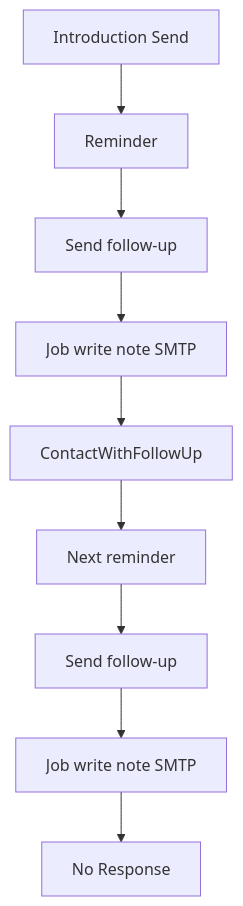
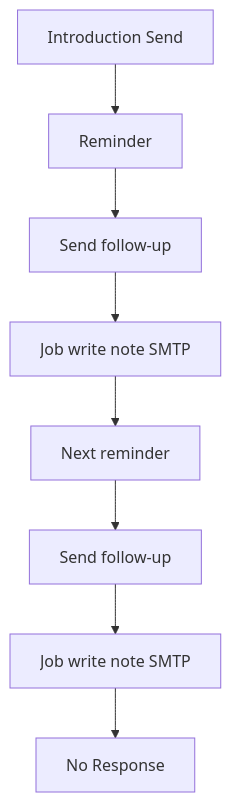
One commit to rogerio-pereira/CRM_AI changed the diagram in docs/FDRs/Done/FDR-021-follow-up-email-sequence.md. Above: the diagram before and after it, drawn with Mermaid. The commit also changed other lines of this file, not shown here.

First line of the commit message:
docs(fdr): Send follow-up is not limited to Contact Sent

````diff
--- a/docs/FDRs/Done/FDR-021-follow-up-email-sequence.md
+++ b/docs/FDRs/Done/FDR-021-follow-up-email-sequence.md
@@ -79,21 +69,19 @@
 ```mermaid
 flowchart TD
   intro[Introduction Send]
   fu1[Reminder]
   click1[Send follow-up]
   job1[Job write note SMTP]
-  ev1[ContactWithFollowUp]
   fu2[Next reminder]
   click2[Send follow-up]
   job2[Job write note SMTP]
   nr[No Response]
 
   intro --> fu1
   fu1 --> click1
   click1 --> job1
-  job1 --> ev1
-  ev1 --> fu2
+  job1 --> fu2
   fu2 --> click2
   click2 --> job2
   job2 --> nr
 ```
````
